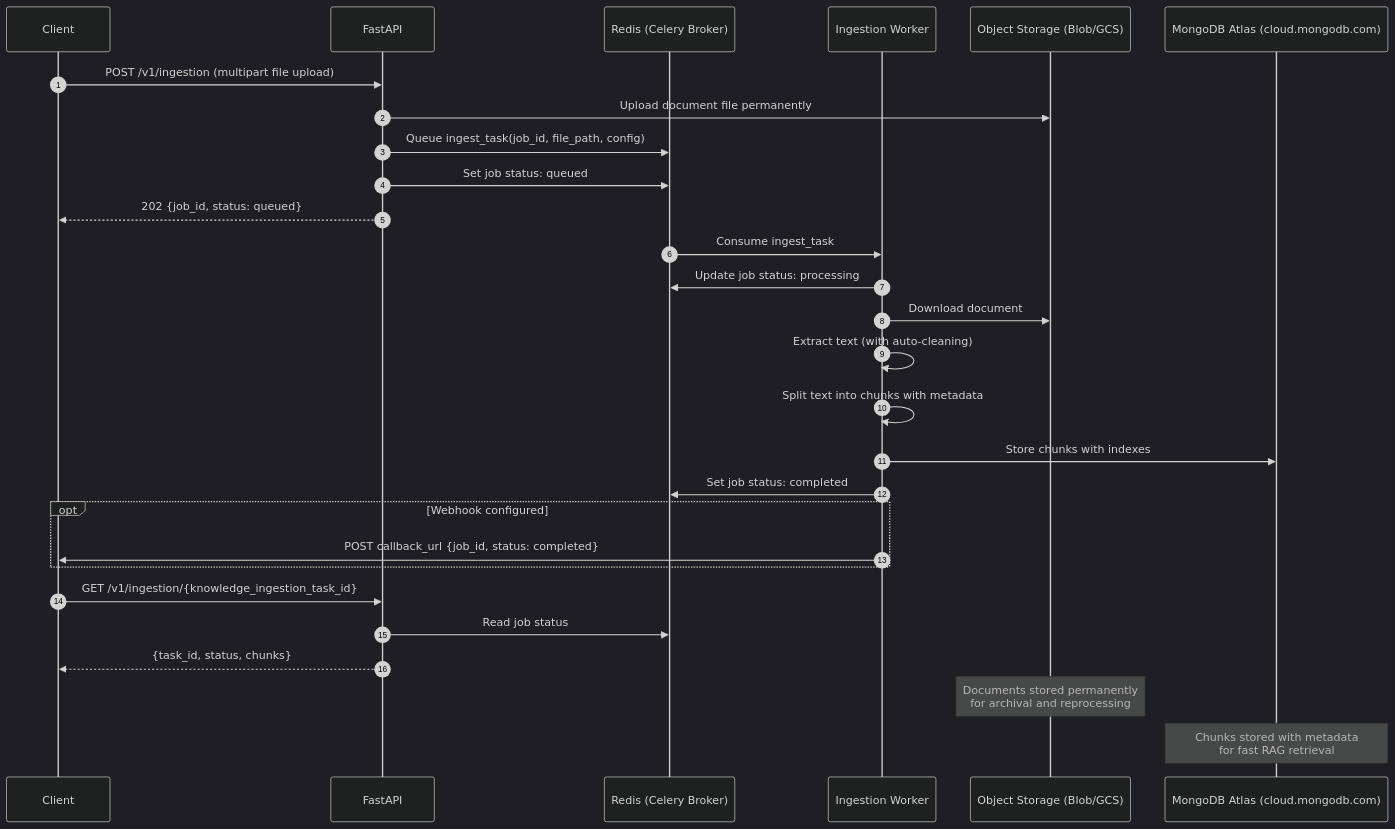
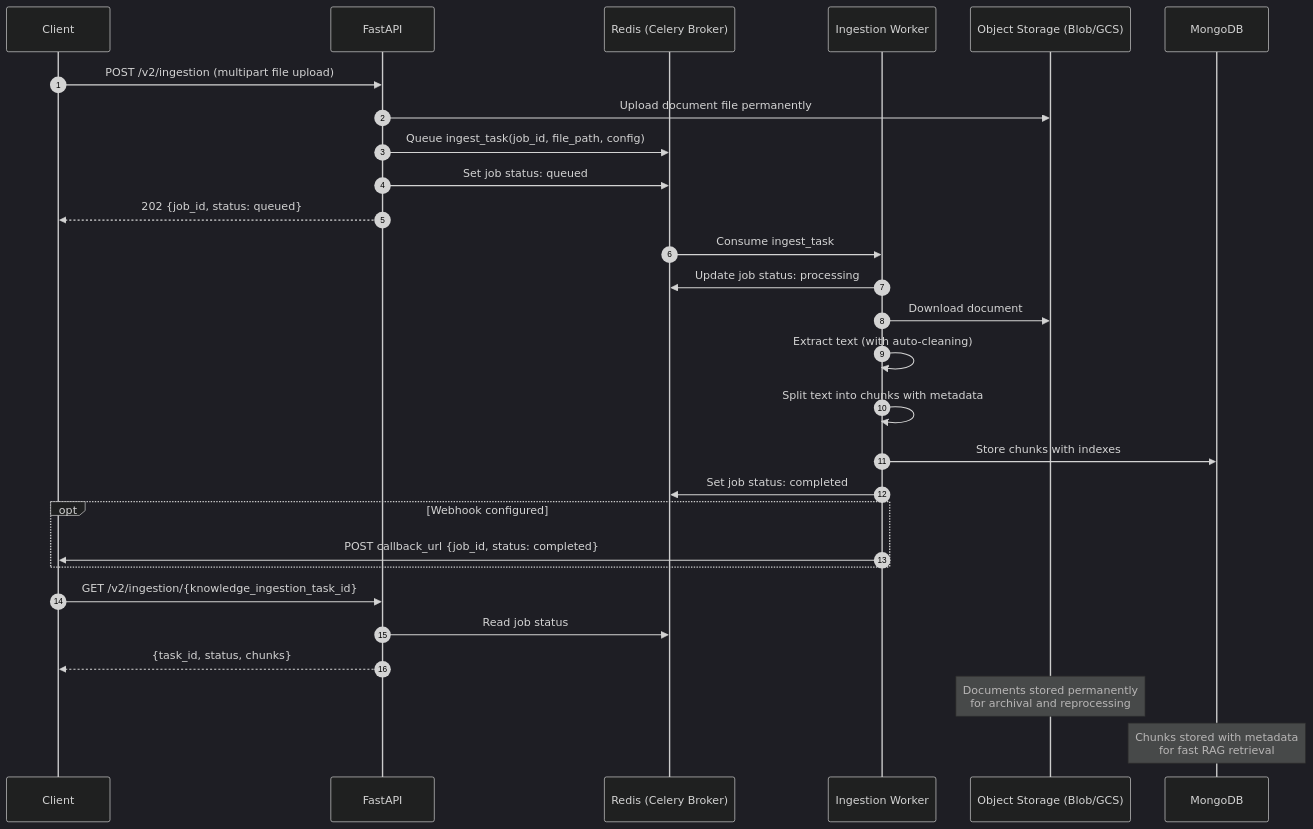
The second of 2 diagrams in docs/DESIGN.md (hmunjuluri05/rag-ingestion-api), drawn with Mermaid (dark theme) before and after one commit. The commit also changed other lines of this file and 1 other file, not shown here.

````diff
--- a/docs/DESIGN.md
+++ b/docs/DESIGN.md
@@ -156,35 +130,35 @@
 ```mermaid
 sequenceDiagram
     autonumber
     participant Client
     participant API as FastAPI
     participant Redis as Redis (Celery Broker)
     participant Worker as Ingestion Worker
     participant BlobStorage as Object Storage (Blob/GCS)
-    participant MongoDB as MongoDB Atlas (cloud.mongodb.com)
+    participant MongoDB as MongoDB
 
-    Client->>API: POST /v1/ingestion (multipart file upload)
+    Client->>API: POST /v2/ingestion (multipart file upload)
     API->>BlobStorage: Upload document file permanently
     API->>Redis: Queue ingest_task(job_id, file_path, config)
     API->>Redis: Set job status: queued
     API-->>Client: 202 {job_id, status: queued}
 
     Redis->>Worker: Consume ingest_task
     Worker->>Redis: Update job status: processing
     Worker->>BlobStorage: Download document
     Worker->>Worker: Extract text (with auto-cleaning)
     Worker->>Worker: Split text into chunks with metadata
     Worker->>MongoDB: Store chunks with indexes
     Worker->>Redis: Set job status: completed
 
     opt Webhook configured
         Worker->>Client: POST callback_url {job_id, status: completed}
     end
 
-    Client->>API: GET /v1/ingestion/{knowledge_ingestion_task_id}
+    Client->>API: GET /v2/ingestion/{knowledge_ingestion_task_id}
     API->>Redis: Read job status
     API-->>Client: {task_id, status, chunks}
 
     Note over BlobStorage: Documents stored permanently<br/>for archival and reprocessing
     Note over MongoDB: Chunks stored with metadata<br/>for fast RAG retrieval
 ```
````
